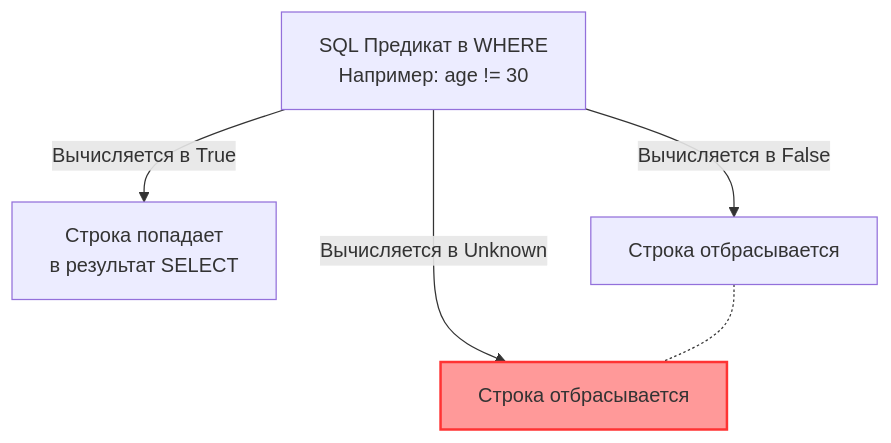
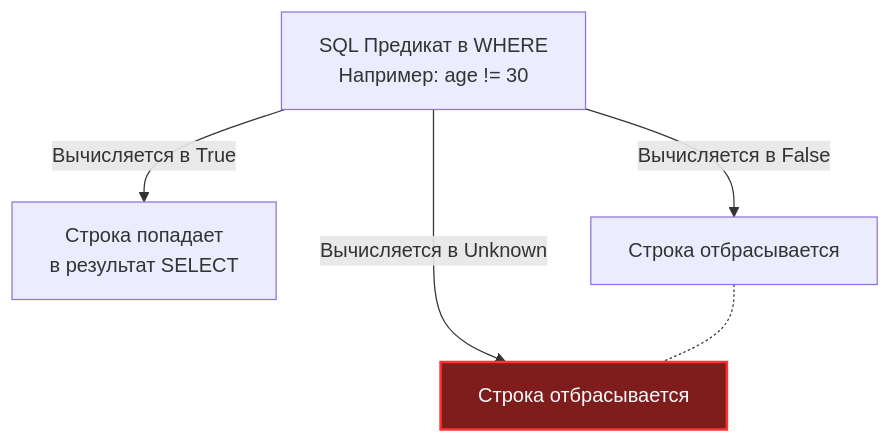
One commit to UnrealTemplier/go-textbook changed the diagram in sources/12. Базы данных/01. Введение и фундамент/8. NULL и трехзначная логика.md. Above: the diagram before and after it, drawn with Mermaid. The commit also changed 310 other files, not shown here.

First line of the commit message:
fix(mermaid): replace light fill colors with dark palette for readability on dark theme

````diff
--- a/sources/12. Базы данных/01. Введение и фундамент/8. NULL и трехзначная логика.md
+++ b/sources/12. Базы данных/01. Введение и фундамент/8. NULL и трехзначная логика.md
@@ -32,11 +32,11 @@
 ```mermaid
 flowchart TD
     Condition["SQL Предикат в WHERE<br>Например: age != 30"]
     
     Condition -->|Вычисляется в True| Keep["Строка попадает<br>в результат SELECT"]
     Condition -->|Вычисляется в False| Drop1["Строка отбрасывается"]
     Condition -->|Вычисляется в Unknown| Drop2["Строка отбрасывается"]
     
     Drop1 -.- Drop2
-    style Drop2 fill:#f99,stroke:#f33,stroke-width:2px
+    style Drop2 fill:#7f1d1d,stroke:#f33,stroke-width:2px,color:#f8fafc
 ```
````
